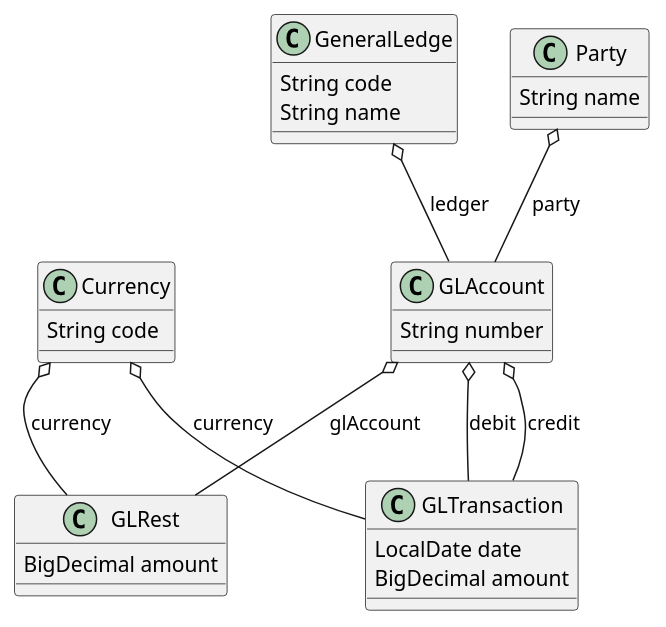
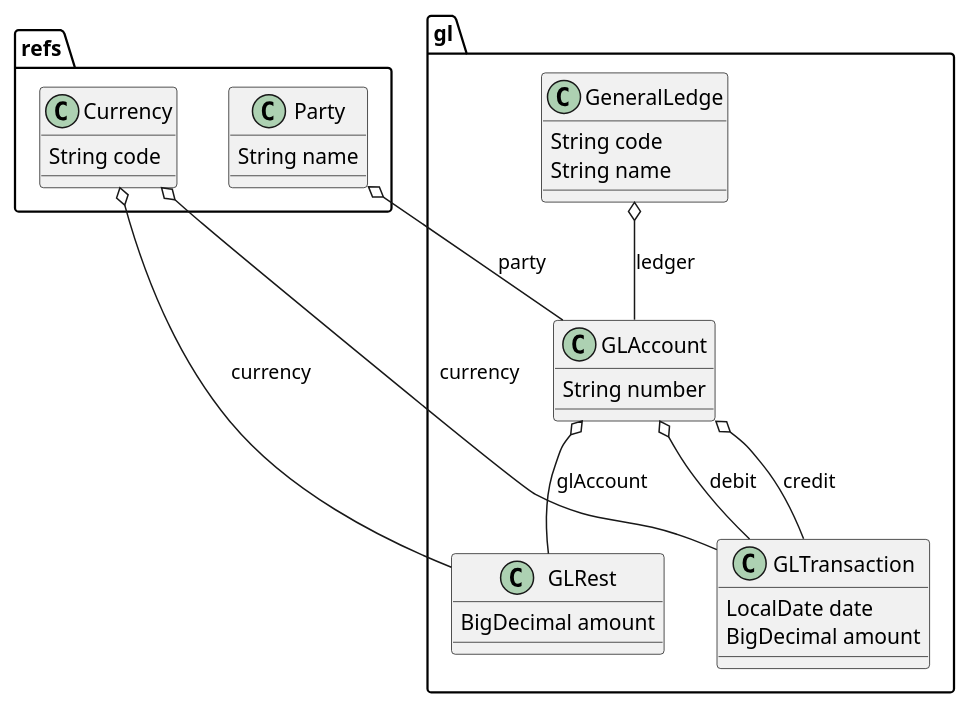
One commit to arch7tect/qfactor changed the diagram in doc/uml/classes.puml. Above: the diagram before and after it, drawn with PlantUML.

Commit message:
packages in puml

```diff
--- a/doc/uml/classes.puml
+++ b/doc/uml/classes.puml
@@ -1,36 +1,40 @@
 @startuml
 'https://plantuml.com/class-diagram
 
-class GeneralLedge {
-String code
-String name
+package refs {
+    class Party {
+        String name
+    }
+
+    class Currency {
+        String code
+    }
 }
 
-class Party {
-String name
+package gl {
+    class GeneralLedge {
+        String code
+        String name
+    }
+
+    class GLAccount {
+        String number
+    }
+    GeneralLedge o-- GLAccount : ledger
+    Party o-- GLAccount : party
+
+    class GLRest {
+        BigDecimal amount
+    }
+    Currency o-- GLRest : currency
+    GLAccount o-- GLRest : glAccount
+
+    class GLTransaction {
+        LocalDate date
+        BigDecimal amount
+    }
+    GLAccount o-- GLTransaction : debit
+    GLAccount o-- GLTransaction : credit
+    Currency o-- GLTransaction : currency
 }
-
-class GLAccount {
-String number
-}
-GeneralLedge o-- GLAccount : ledger
-Party o-- GLAccount : party
-
-class Currency {
-String code
-}
-
-class GLRest {
-BigDecimal amount
-}
-Currency o-- GLRest : currency
-GLAccount o-- GLRest : glAccount
-
-class GLTransaction {
-LocalDate date
-BigDecimal amount
-}
-GLAccount o-- GLTransaction : debit
-GLAccount o-- GLTransaction : credit
-Currency o-- GLTransaction : currency
 @enduml
```
